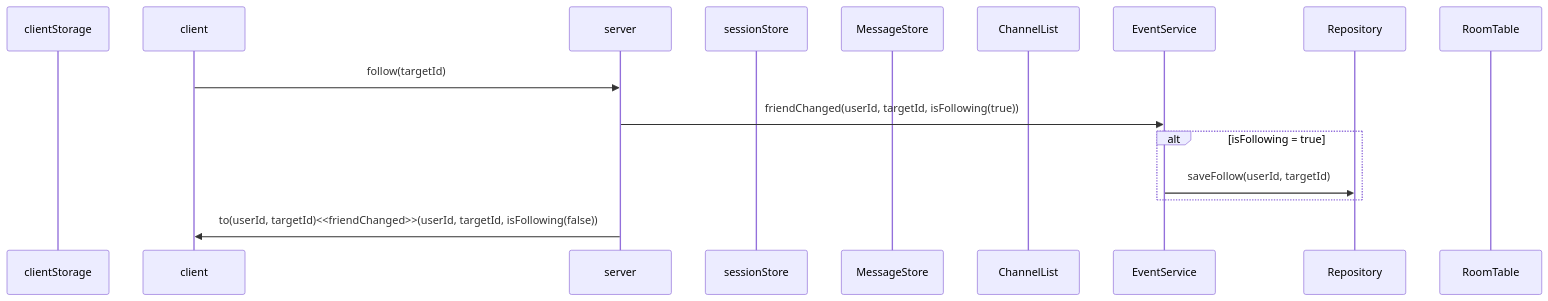
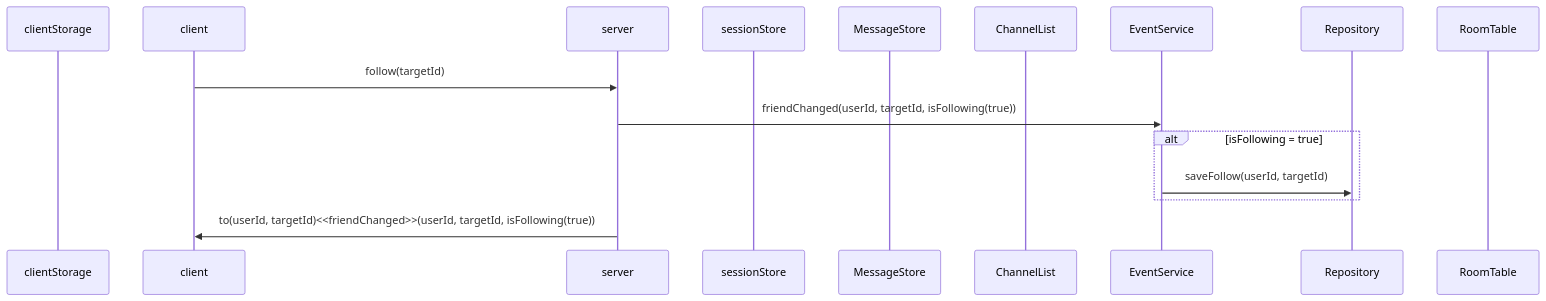
The seventh of 19 diagrams in backend/node/app/event.md (mtak0235/simmons_transcendence), drawn with Mermaid before and after one commit. The commit also changed other lines of this file, not shown here.

````diff
--- a/backend/node/app/event.md
+++ b/backend/node/app/event.md
@@ -171,19 +166,19 @@
 ```mermaid
 sequenceDiagram
 participant cls as clientStorage
 participant c as client
 participant ga as server
 participant ss as sessionStore
 participant ms as MessageStore
 participant cns as ChannelList
 participant cs as EventService
 participant r as Repository
 participant rt as RoomTable
 
 c->>ga: follow(targetId)
 ga->>cs: friendChanged(userId, targetId, isFollowing(true))
 alt isFollowing = true
 cs->>r: saveFollow(userId, targetId);
 end
-ga->>c: to(userId, targetId)<<friendChanged>>(userId, targetId, isFollowing(false))
+ga->>c: to(userId, targetId)<<friendChanged>>(userId, targetId, isFollowing(true))
 ```
````
